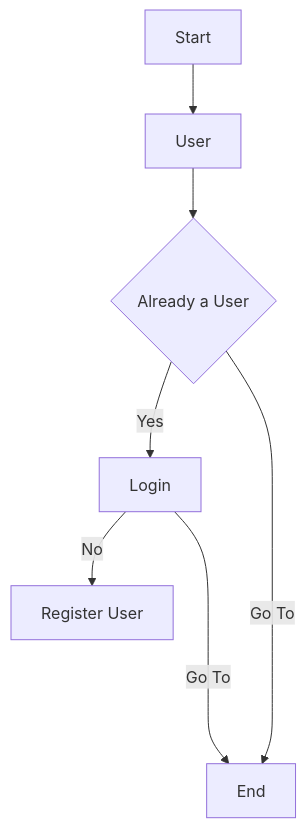
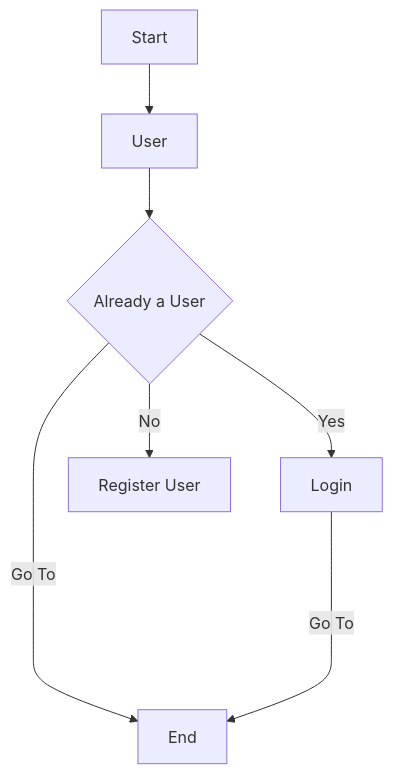
The diagram in readme.md (awaistechbrainz03/graph-check), drawn with Mermaid before and after one commit.

````diff
--- a/readme.md
+++ b/readme.md
@@ -1,9 +1,9 @@
 ```mermaid
 flowchart TD
     A[Start] --> B[User]
     B --> C{Already a User}
-    C --> |Yes| D[Login]
+    C --> |Yes| D[Login] 
+    C --> |No| E[Register User]
     C ----> |Go To| F[End]
-    D --> |No| E[Register User]
     D ----> |Go To| F[End]
 ```
````
